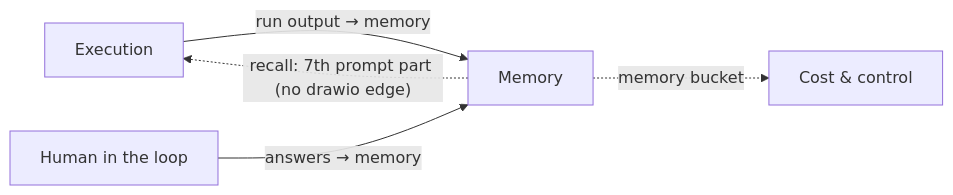
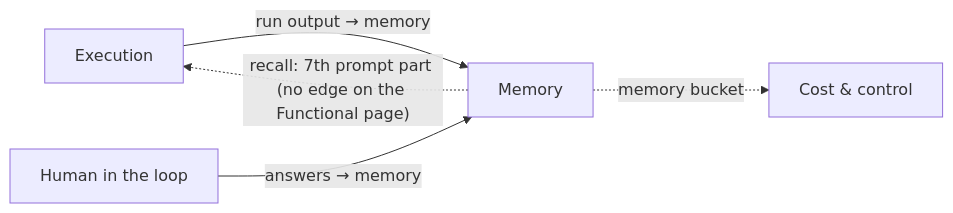
The diagram in docs/FlowBoard/Memory/Memory Overview.md (ClearCloudSoftware/flowboard), drawn with Mermaid before and after one commit. The commit also changed 7 other files, not shown here.

````diff
--- a/docs/FlowBoard/Memory/Memory Overview.md
+++ b/docs/FlowBoard/Memory/Memory Overview.md
@@ -25,7 +25,7 @@
 ```mermaid
 flowchart LR
   EX[Execution] -- "run output → memory" --> MEM[Memory]
   HITL[Human in the loop] -- "answers → memory" --> MEM
-  MEM -. "recall: 7th prompt part (no drawio edge)" .-> EX
+  MEM -. "recall: 7th prompt part (no edge on the Functional page)" .-> EX
   MEM -. "memory bucket" .-> COST[Cost & control]
 ```
````
